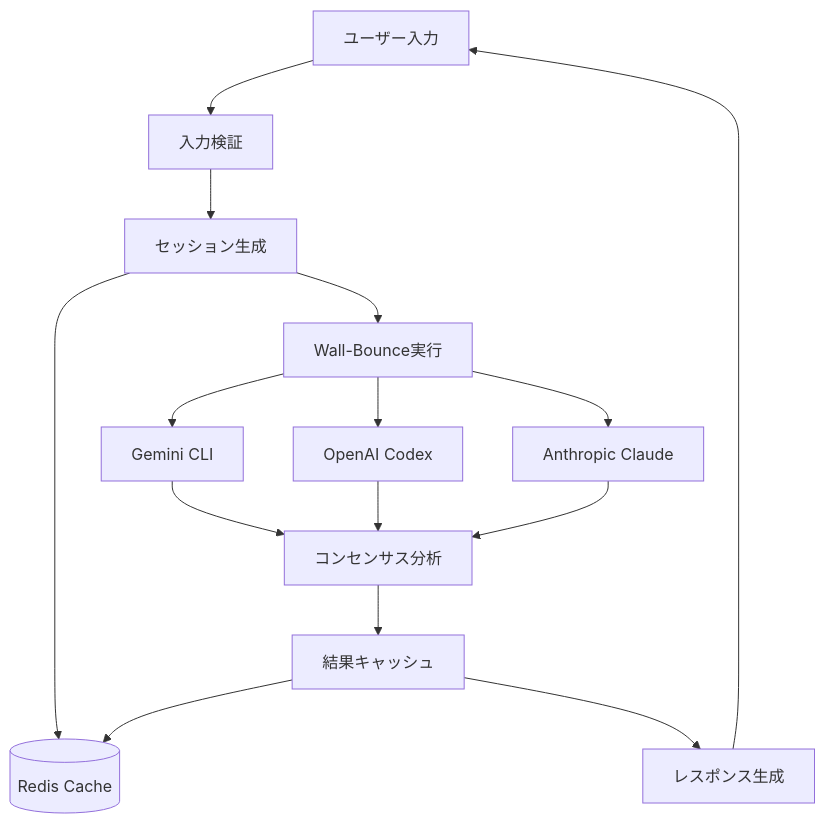
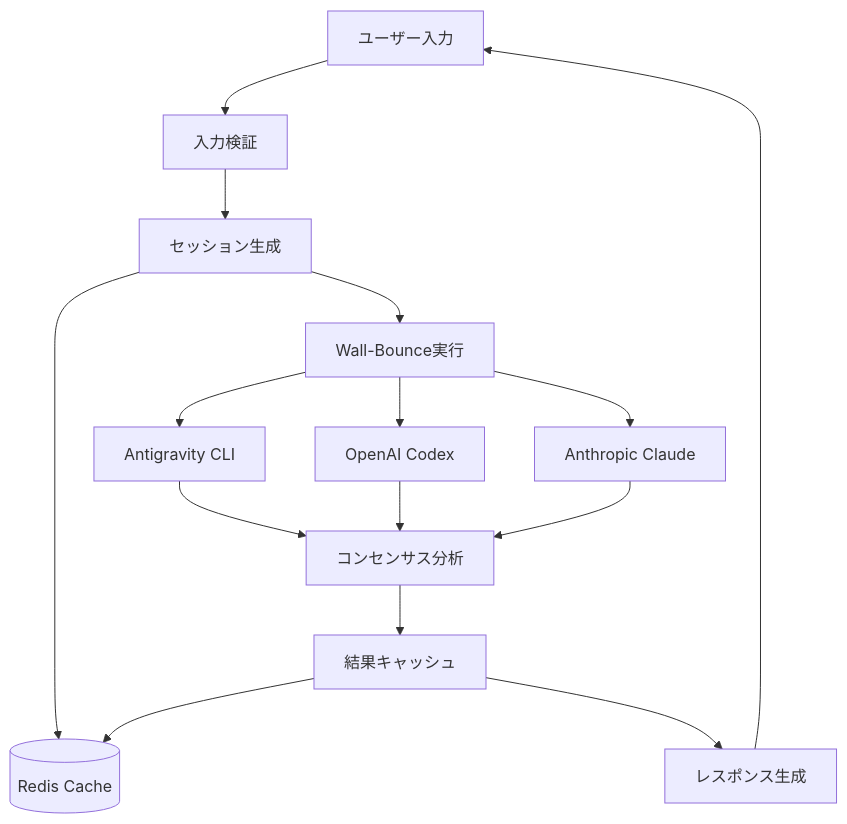
The third of 3 diagrams in docs/BASIC_DESIGN.md (wombat2006/techdev), drawn with Mermaid before and after one commit. The commit also changed other lines of this file and 19 other files, not shown here.

First line of the commit message:
docs: Gemini CLI 表記を Antigravity CLI（agy）へ移行

````diff
--- a/docs/BASIC_DESIGN.md
+++ b/docs/BASIC_DESIGN.md
@@ -226,20 +226,20 @@
 ```mermaid
 flowchart TD
     User[ユーザー入力] --> Validate[入力検証]
     Validate --> Session[セッション生成]
     Session --> Redis[(Redis Cache)]
     
     Session --> WallBounce[Wall-Bounce実行]
-    WallBounce --> Provider1[Gemini CLI]
+    WallBounce --> Provider1[Antigravity CLI]
     WallBounce --> Provider2[OpenAI Codex]
     WallBounce --> Provider3[Anthropic Claude]
     
     Provider1 --> Consensus[コンセンサス分析]
     Provider2 --> Consensus
     Provider3 --> Consensus
     
     Consensus --> Cache[結果キャッシュ]
     Cache --> Redis
     Cache --> Response[レスポンス生成]
     Response --> User
 ```
````
